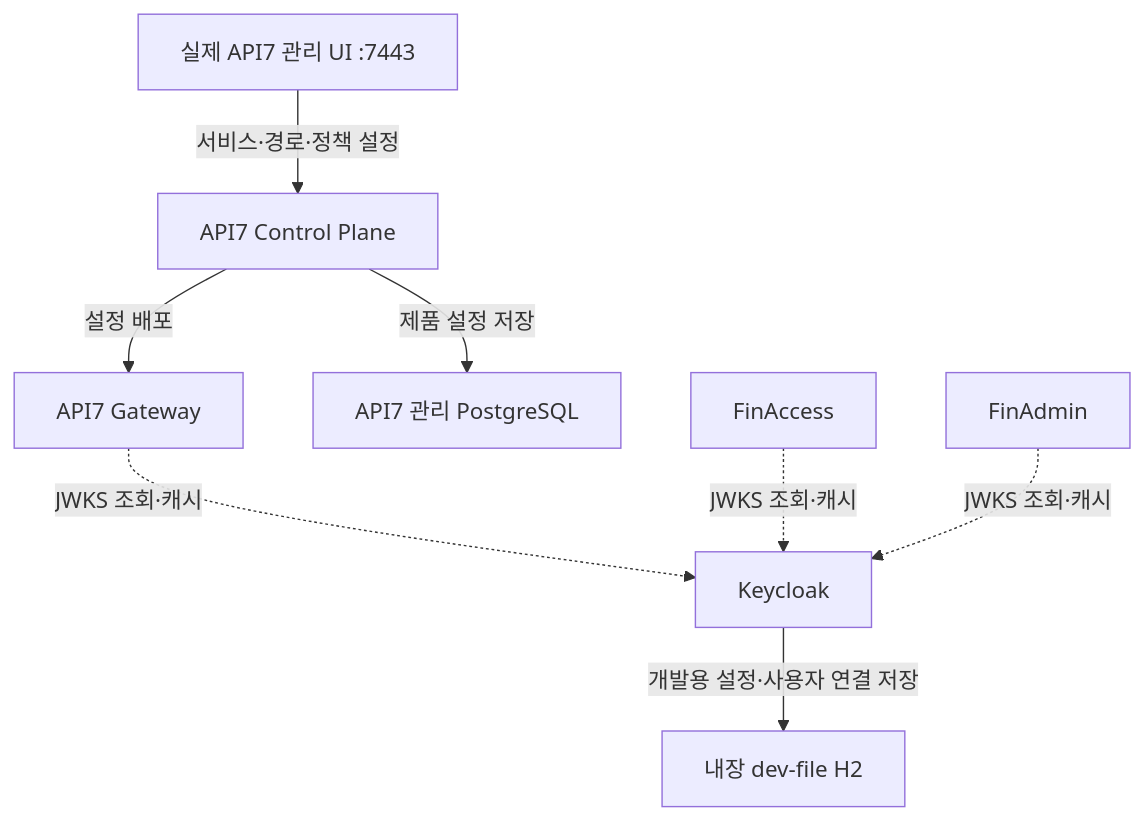
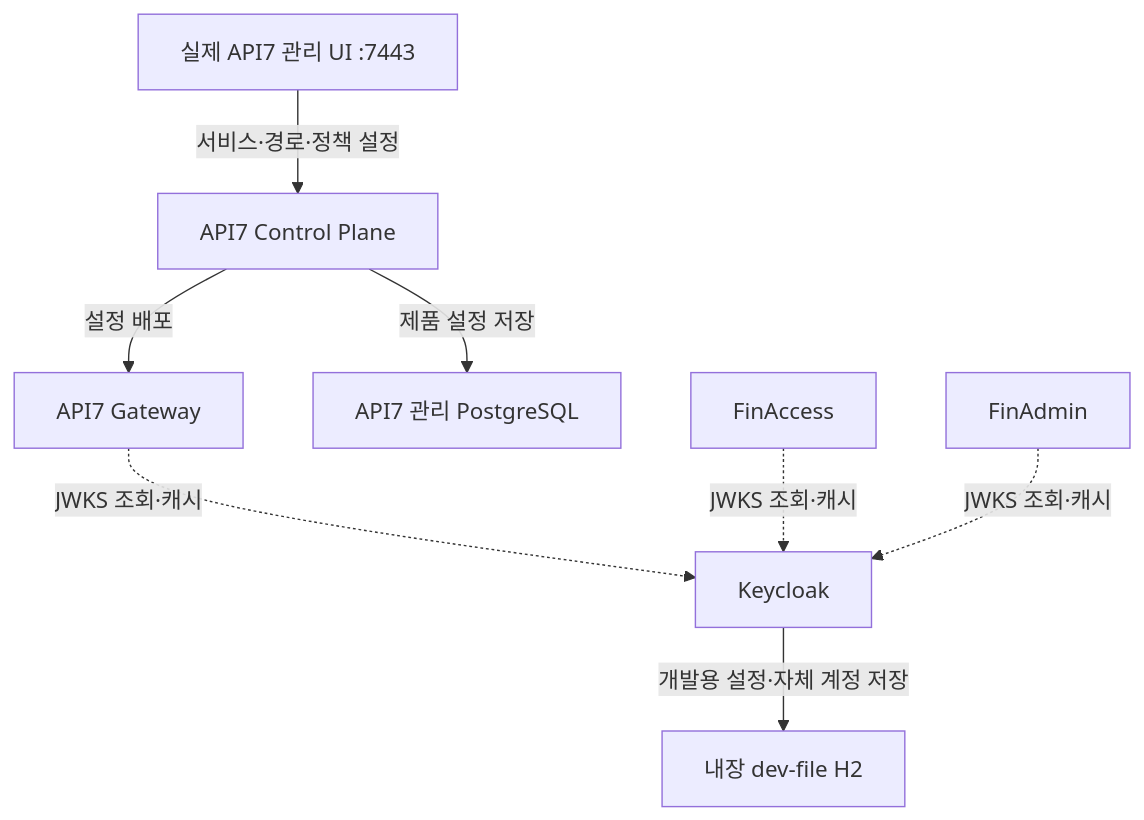
One commit to Greenapple0101/finadmin changed the second of 4 diagrams in docs/current/02-architecture.md. Above: the diagram before and after it, drawn with Mermaid. The commit also changed other lines of this file and 22 other files, not shown here.

````diff
--- a/docs/current/02-architecture.md
+++ b/docs/current/02-architecture.md
@@ -28,10 +26,10 @@
 ```mermaid
 flowchart TB
     console["실제 API7 관리 UI :7443"] -->|"서비스·경로·정책 설정"| control["API7 Control Plane"]
     control -->|"설정 배포"| gateway["API7 Gateway"]
     control -->|"제품 설정 저장"| productDb["API7 관리 PostgreSQL"]
     gateway -.->|"JWKS 조회·캐시"| keycloak["Keycloak"]
     access["FinAccess"] -.->|"JWKS 조회·캐시"| keycloak
     admin["FinAdmin"] -.->|"JWKS 조회·캐시"| keycloak
-    keycloak -->|"개발용 설정·사용자 연결 저장"| h2["내장 dev-file H2"]
+    keycloak -->|"개발용 설정·자체 계정 저장"| h2["내장 dev-file H2"]
 ```
````
